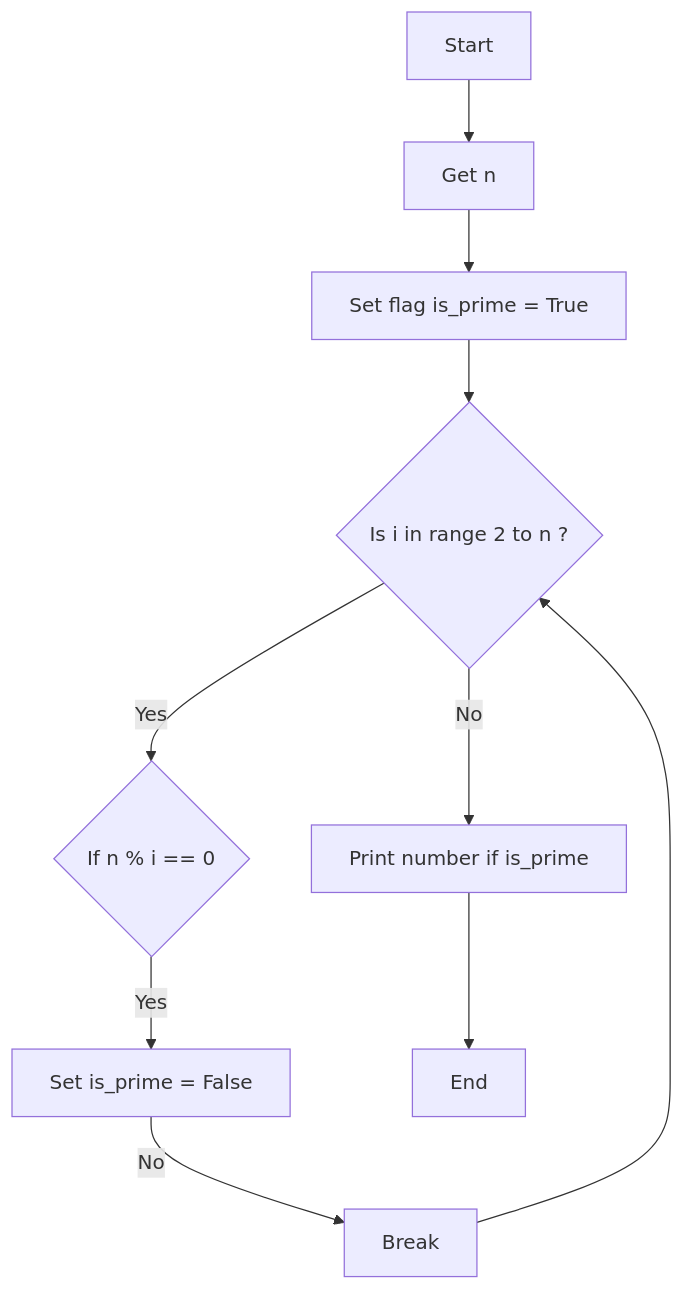
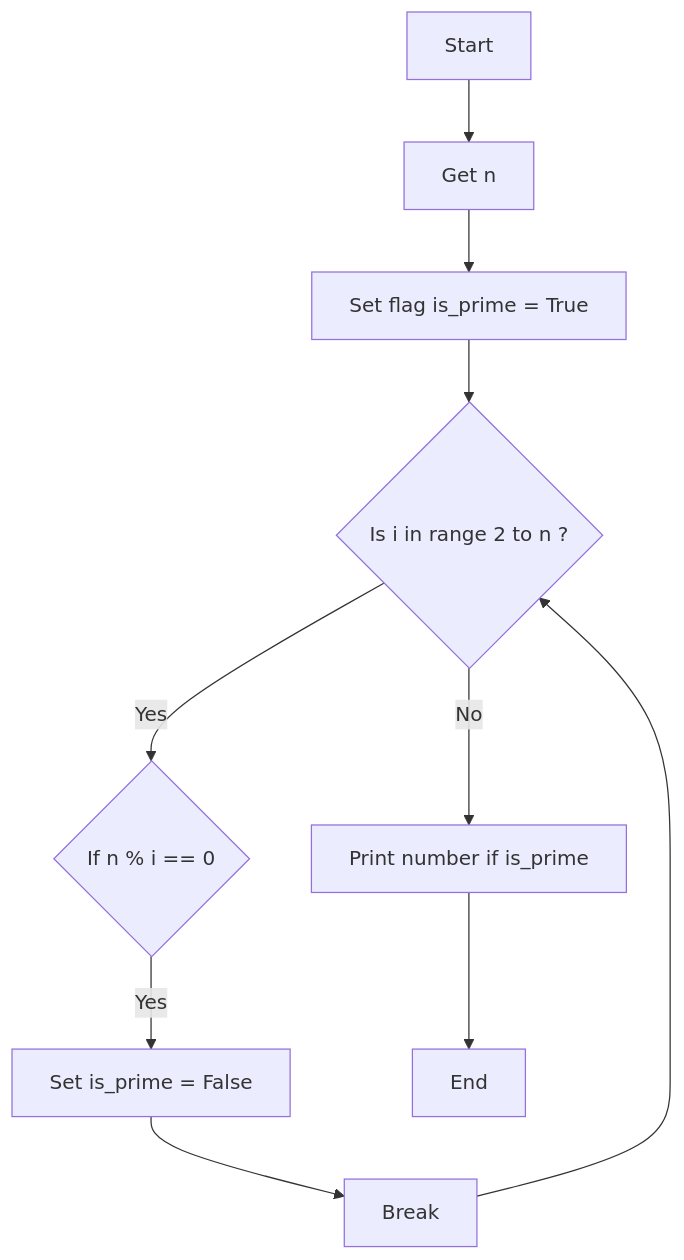
Before and after one commit to hayyaun/kids: the diagram in exercises/exercise-3-2.md, drawn with Mermaid.

````diff
--- a/exercises/exercise-3-2.md
+++ b/exercises/exercise-3-2.md
@@ -16,12 +16,12 @@
 ```mermaid
 flowchart TD
     A[Start] --> E[Get n]
     E --> F[Set flag is_prime = True]
     F --> G{Is i in range 2 to n ?}
     G -- No --> I[Print number if is_prime]
     G -- Yes --> H{If n % i == 0}
     H -- Yes --> J[Set is_prime = False]
-    J -- No --> B[Break]
+    J --> B[Break]
     B --> G
     I --> Z[End]
 ```
````
